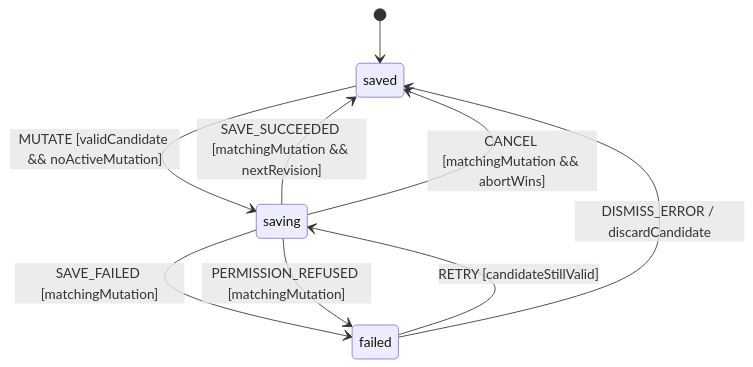
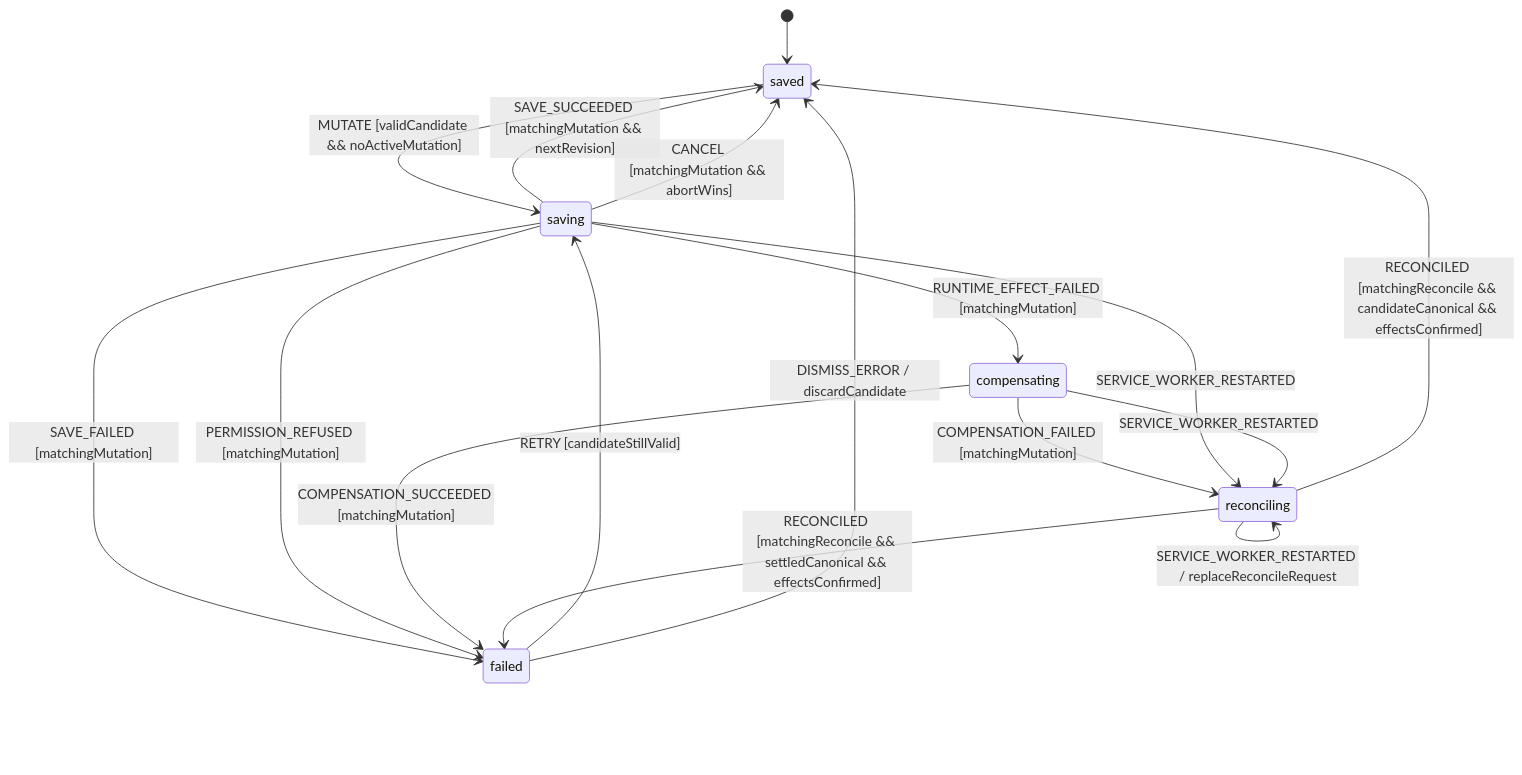
The diagram in apps/extension/src/models/settings-persistence.model.md (guyghost/pulse), drawn with Mermaid before and after one commit. The commit also changed other lines of this file and 5 other files, not shown here.

````diff
--- a/apps/extension/src/models/settings-persistence.model.md
+++ b/apps/extension/src/models/settings-persistence.model.md
@@ -79,11 +111,22 @@
 ```mermaid
 stateDiagram-v2
   [*] --> saved
   saved --> saving: MUTATE [validCandidate && noActiveMutation]
   saving --> saved: SAVE_SUCCEEDED [matchingMutation && nextRevision]
   saving --> failed: SAVE_FAILED [matchingMutation]
   saving --> failed: PERMISSION_REFUSED [matchingMutation]
+  saving --> compensating: RUNTIME_EFFECT_FAILED [matchingMutation]
+  compensating --> failed: COMPENSATION_SUCCEEDED [matchingMutation]
+  compensating --> reconciling: COMPENSATION_FAILED [matchingMutation]
+  saving --> reconciling: SERVICE_WORKER_RESTARTED
+  compensating --> reconciling: SERVICE_WORKER_RESTARTED
+  reconciling --> saved: RECONCILED [matchingReconcile && candidateCanonical && effectsConfirmed]
+  reconciling --> failed: RECONCILED [matchingReconcile && settledCanonical && effectsConfirmed]
+  reconciling --> reconciling: RECONCILED [matchingReconcile && effectsUnconfirmed]
+  reconciling --> reconciling: RECONCILE_FAILED [matchingReconcile]
+  reconciling --> reconciling: RETRY_RECONCILIATION
+  reconciling --> reconciling: SERVICE_WORKER_RESTARTED / replaceReconcileRequest
   failed --> saving: RETRY [candidateStillValid]
   failed --> saved: DISMISS_ERROR / discardCandidate
   saving --> saved: CANCEL [matchingMutation && abortWins]
 ```
````
